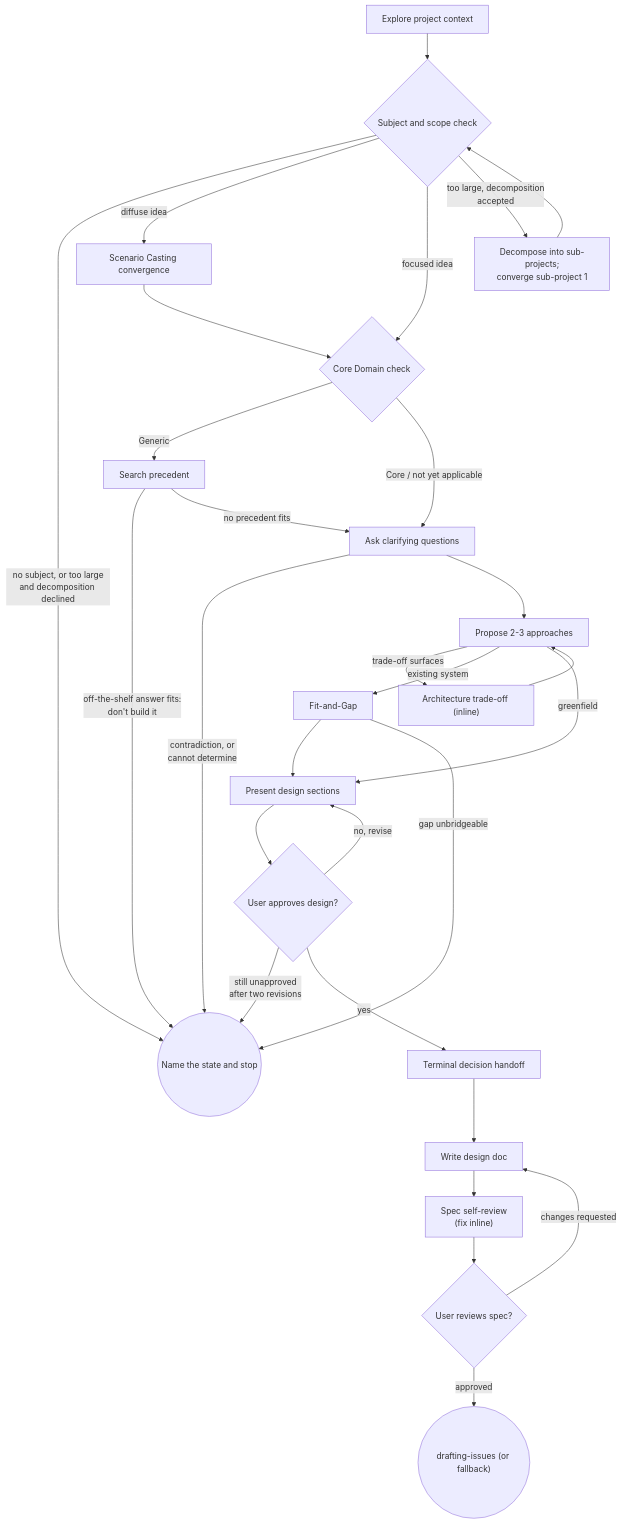
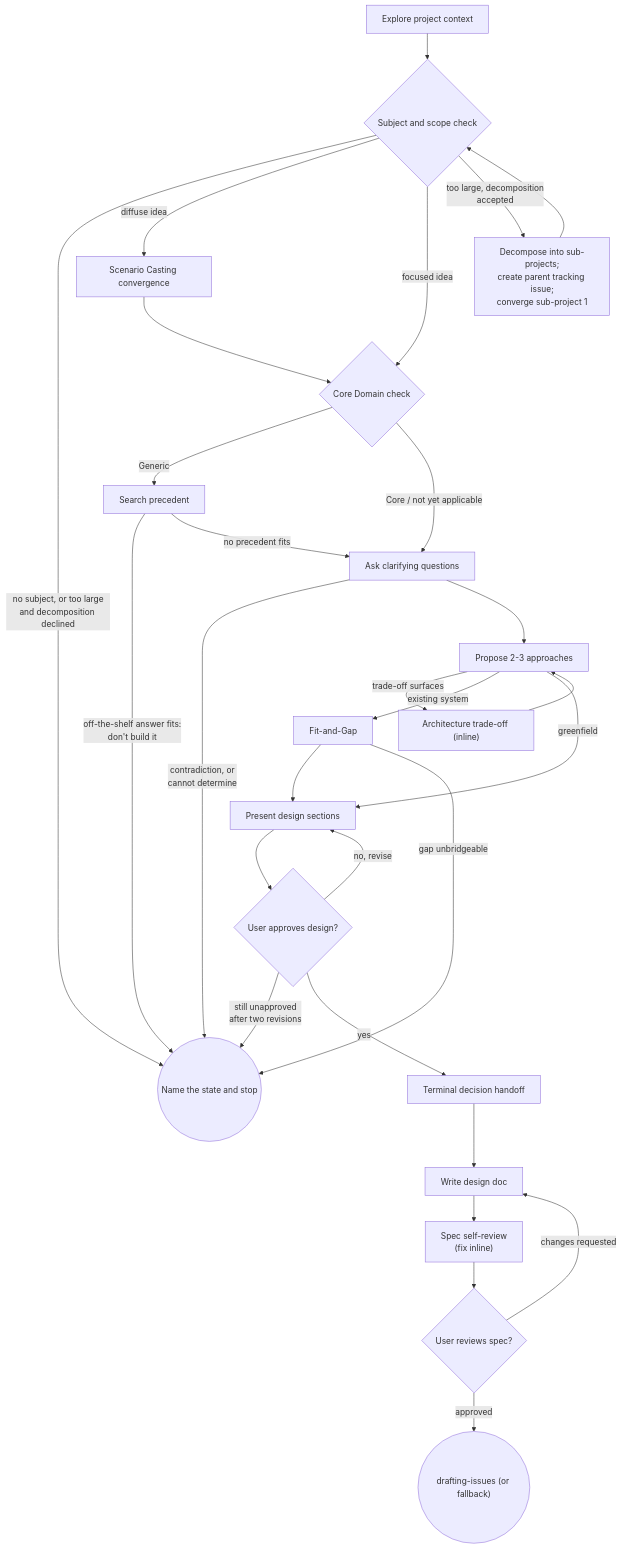
One commit to tvna/gitapex changed the diagram in skills/eliciting-a-design/SKILL.md. Above: the diagram before and after it, drawn with Mermaid. The commit also changed other lines of this file, not shown here.

First line of the commit message:
feat(eliciting-a-design): create a parent tracking issue on decomposition

````diff
--- a/skills/eliciting-a-design/SKILL.md
+++ b/skills/eliciting-a-design/SKILL.md
@@ -60,50 +60,50 @@
 ```mermaid
 flowchart TD
     explore["Explore project context"]
     scope{"Subject and scope check"}
     core{"Core Domain check"}
     precedent["Search precedent"]
     scenario["Scenario Casting convergence"]
     ask["Ask clarifying questions"]
     stop(("Name the state and stop"))
     approaches["Propose 2-3 approaches"]
     tradeoff["Architecture trade-off (inline)"]
     fitgap["Fit-and-Gap"]
     present["Present design sections"]
     approved{"User approves design?"}
     handoff["Terminal decision handoff"]
     writedoc["Write design doc"]
     selfreview["Spec self-review<br/>(fix inline)"]
     userreview{"User reviews spec?"}
     issueformalize(("drafting-issues (or fallback)"))
-    decompose["Decompose into sub-projects;<br/>converge sub-project 1"]
+    decompose["Decompose into sub-projects;<br/>create parent tracking issue;<br/>converge sub-project 1"]
 
     explore --> scope
     scope -->|"no subject, or too large<br/>and decomposition declined"| stop
     scope -->|"diffuse idea"| scenario
     scope -->|"focused idea"| core
     scope -->|"too large, decomposition<br/>accepted"| decompose
     decompose --> scope
     scenario --> core
     core -->|"Generic"| precedent
     core -->|"Core / not yet applicable"| ask
     precedent -->|"off-the-shelf answer fits:<br/>don't build it"| stop
     precedent -->|"no precedent fits"| ask
     ask -->|"contradiction, or<br/>cannot determine"| stop
     ask --> approaches
     approaches -->|"trade-off surfaces"| tradeoff
     tradeoff --> approaches
     approaches -->|"existing system"| fitgap
     approaches -->|"greenfield"| present
     fitgap --> present
     fitgap -->|"gap unbridgeable"| stop
     present --> approved
     approved -->|"no, revise"| present
     approved -->|"still unapproved<br/>after two revisions"| stop
     approved -->|"yes"| handoff
     handoff --> writedoc
     writedoc --> selfreview
     selfreview --> userreview
     userreview -->|"changes requested"| writedoc
     userreview -->|"approved"| issueformalize
 ```
````
